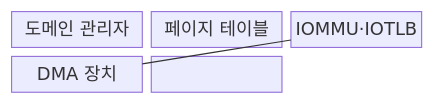
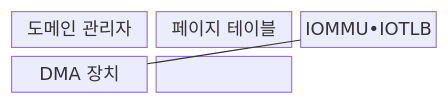
Before and after one commit to agnusdei1207/knowledge-base: the first of 2 diagrams in src/content/docs/notes/02-hardware/086_iommu.md, drawn with Mermaid. The commit also changed other lines of this file and 953 other files, not shown here.

````diff
--- a/src/content/docs/notes/02-hardware/086_iommu.md
+++ b/src/content/docs/notes/02-hardware/086_iommu.md
@@ -64,10 +64,10 @@
 ```mermaid
 block
   columns 3
   O["도메인 관리자"]
   T["페이지 테이블"]
-  I["IOMMU·IOTLB"]
+  I["IOMMU•IOTLB"]
   D["DMA 장치"]
   O --- T --- I
   I --- D
 ```
````
